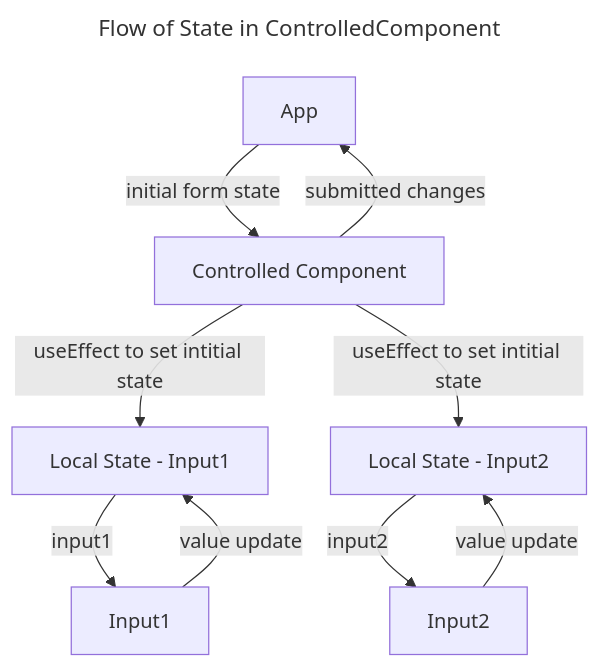
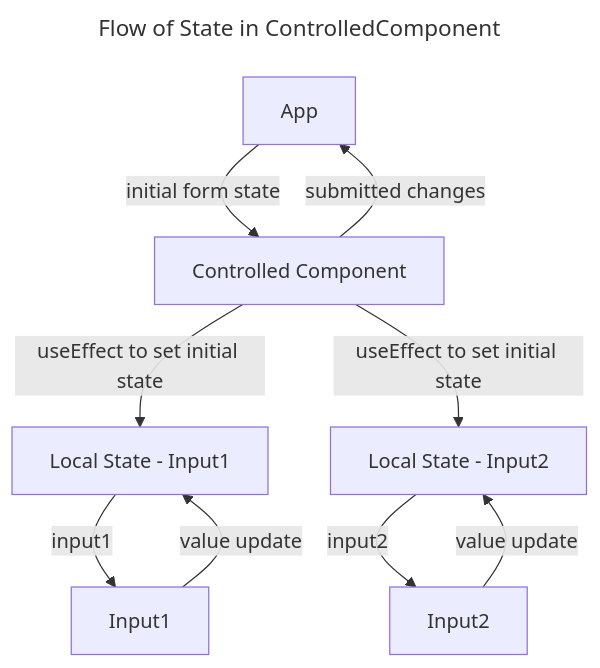
Before and after one commit to Code-the-Dream-School/react-curriculum-v3: the first of 2 diagrams in learns-app-content/lessons/week-05.md, drawn with Mermaid. The commit also changed other lines of this file and 33 other files, not shown here.

````diff
--- a/learns-app-content/lessons/week-05.md
+++ b/learns-app-content/lessons/week-05.md
@@ -714,13 +725,13 @@
 ```mermaid
 ---
 title: Flow of State in ControlledComponent
 ---
 flowchart TD
     App -->|initial form state|Controlled[Controlled Component]
-    Controlled -->|useEffect to set intitial state|Local1[Local State - Input1] & Local2[Local State - Input2]
+    Controlled -->|useEffect to set initial state|Local1[Local State - Input1] & Local2[Local State - Input2]
     Controlled -->|"submitted changes"|App
     Local1 -->|input1|Input1
     Local2 -->|input2|Input2
     Input1 -->|"value update"|Local1
     Input2 -->|"value update"|Local2
 ```
````
